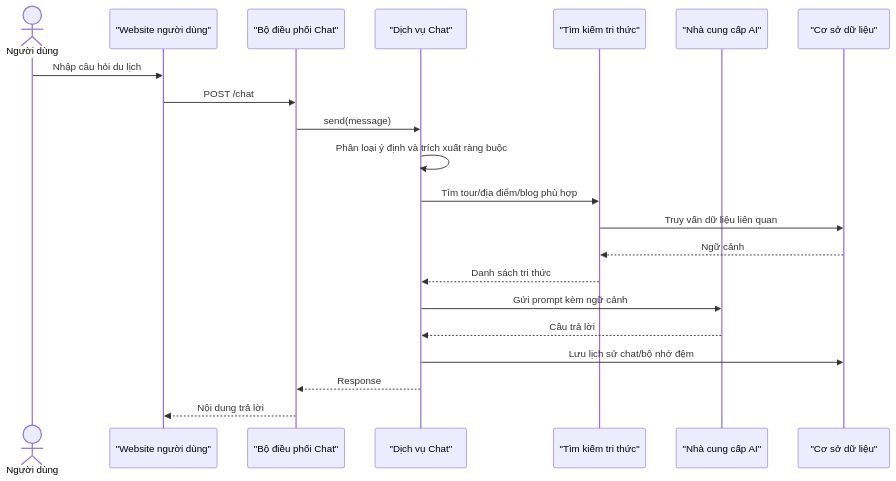
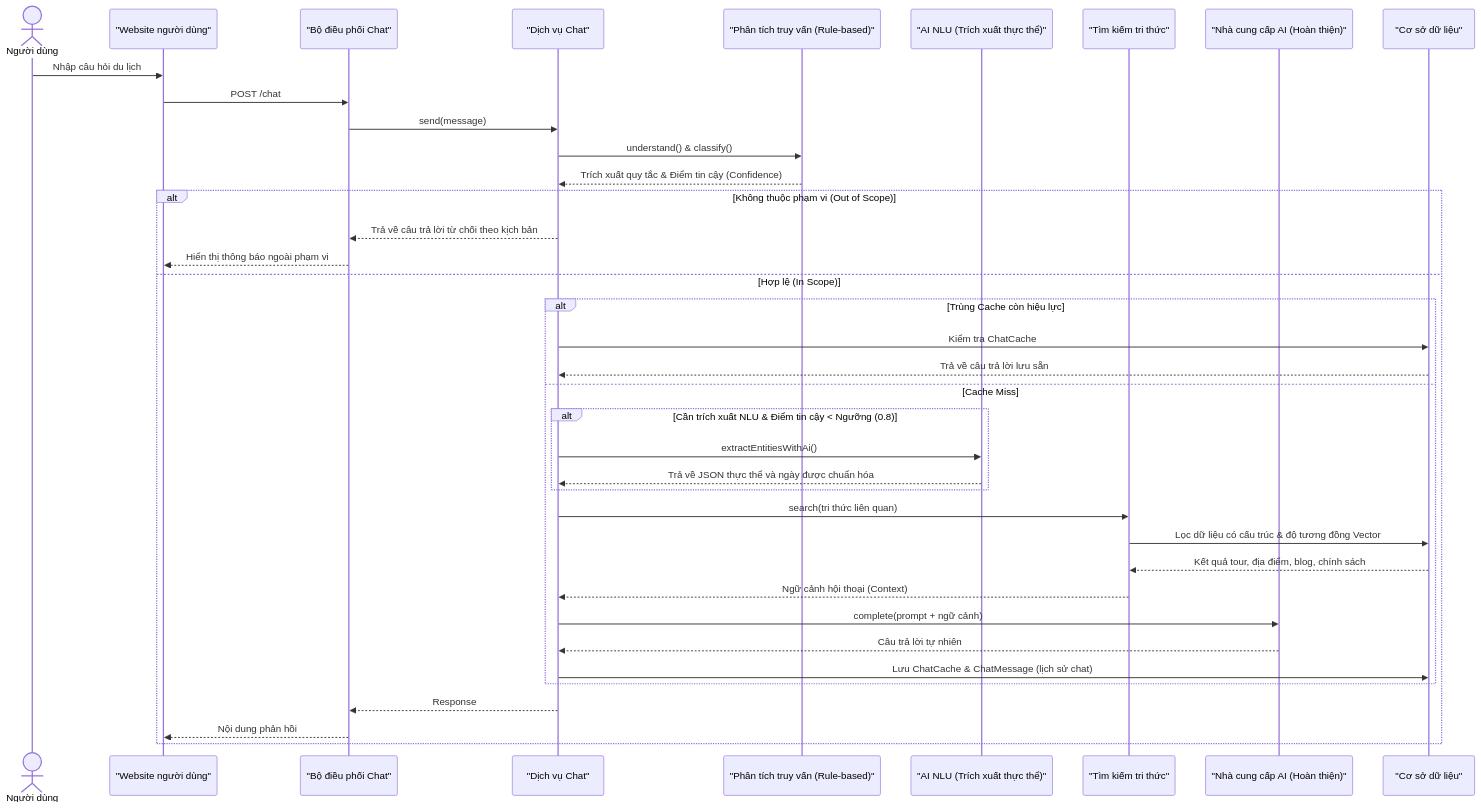
The sixth of 9 diagrams in bao-cao-do-an-danangtrip-md/03_chuong_2_phan_tich_thiet_ke_he_thong.md (TayDuyNguyen/DATN_Document), drawn with Mermaid before and after one commit. The commit also changed other lines of this file and 11 other files, not shown here.

````diff
--- a/bao-cao-do-an-danangtrip-md/03_chuong_2_phan_tich_thiet_ke_he_thong.md
+++ b/bao-cao-do-an-danangtrip-md/03_chuong_2_phan_tich_thiet_ke_he_thong.md
@@ -403,24 +418,42 @@
 ```mermaid
 sequenceDiagram
     actor U as Người dùng
     participant W as "Website người dùng"
     participant API as "Bộ điều phối Chat"
     participant S as "Dịch vụ Chat"
+    participant QU as "Phân tích truy vấn (Rule-based)"
+    participant AI_NLU as "AI NLU (Trích xuất thực thể)"
     participant K as "Tìm kiếm tri thức"
-    participant AI as "Nhà cung cấp AI"
+    participant AI as "Nhà cung cấp AI (Hoàn thiện)"
     participant DB as "Cơ sở dữ liệu"
 
     U->>W: Nhập câu hỏi du lịch
     W->>API: POST /chat
     API->>S: send(message)
-    S->>S: Phân loại ý định và trích xuất ràng buộc
-    S->>K: Tìm tour/địa điểm/blog phù hợp
-    K->>DB: Truy vấn dữ liệu liên quan
-    DB-->>K: Ngữ cảnh
-    K-->>S: Danh sách tri thức
-    S->>AI: Gửi prompt kèm ngữ cảnh
-    AI-->>S: Câu trả lời
-    S->>DB: Lưu lịch sử chat/bộ nhớ đệm
-    S-->>API: Response
-    API-->>W: Nội dung trả lời
+    S->>QU: understand() & classify()
+    QU-->>S: Trích xuất quy tắc & Điểm tin cậy (Confidence)
+    
+    alt Không thuộc phạm vi (Out of Scope)
+        S-->>API: Trả về câu trả lời từ chối theo kịch bản
+        API-->>W: Hiển thị thông báo ngoài phạm vi
+    else Hợp lệ (In Scope)
+        alt Trùng Cache còn hiệu lực
+            S->>DB: Kiểm tra ChatCache
+            DB-->>S: Trả về câu trả lời lưu sẵn
+        else Cache Miss
+            alt Cần trích xuất NLU & Điểm tin cậy < Ngưỡng (0.8)
+                S->>AI_NLU: extractEntitiesWithAi()
+                AI_NLU-->>S: Trả về JSON thực thể và ngày được chuẩn hóa
+            end
+            S->>K: search(tri thức liên quan)
+            K->>DB: Lọc dữ liệu có cấu trúc & độ tương đồng Vector
+            DB-->>K: Kết quả tour, địa điểm, blog, chính sách
+            K-->>S: Ngữ cảnh hội thoại (Context)
+            S->>AI: complete(prompt + ngữ cảnh)
+            AI-->>S: Câu trả lời tự nhiên
+            S->>DB: Lưu ChatCache & ChatMessage (lịch sử chat)
+        end
+        S-->>API: Response
+        API-->>W: Nội dung phản hồi
+    end
 ```
````
